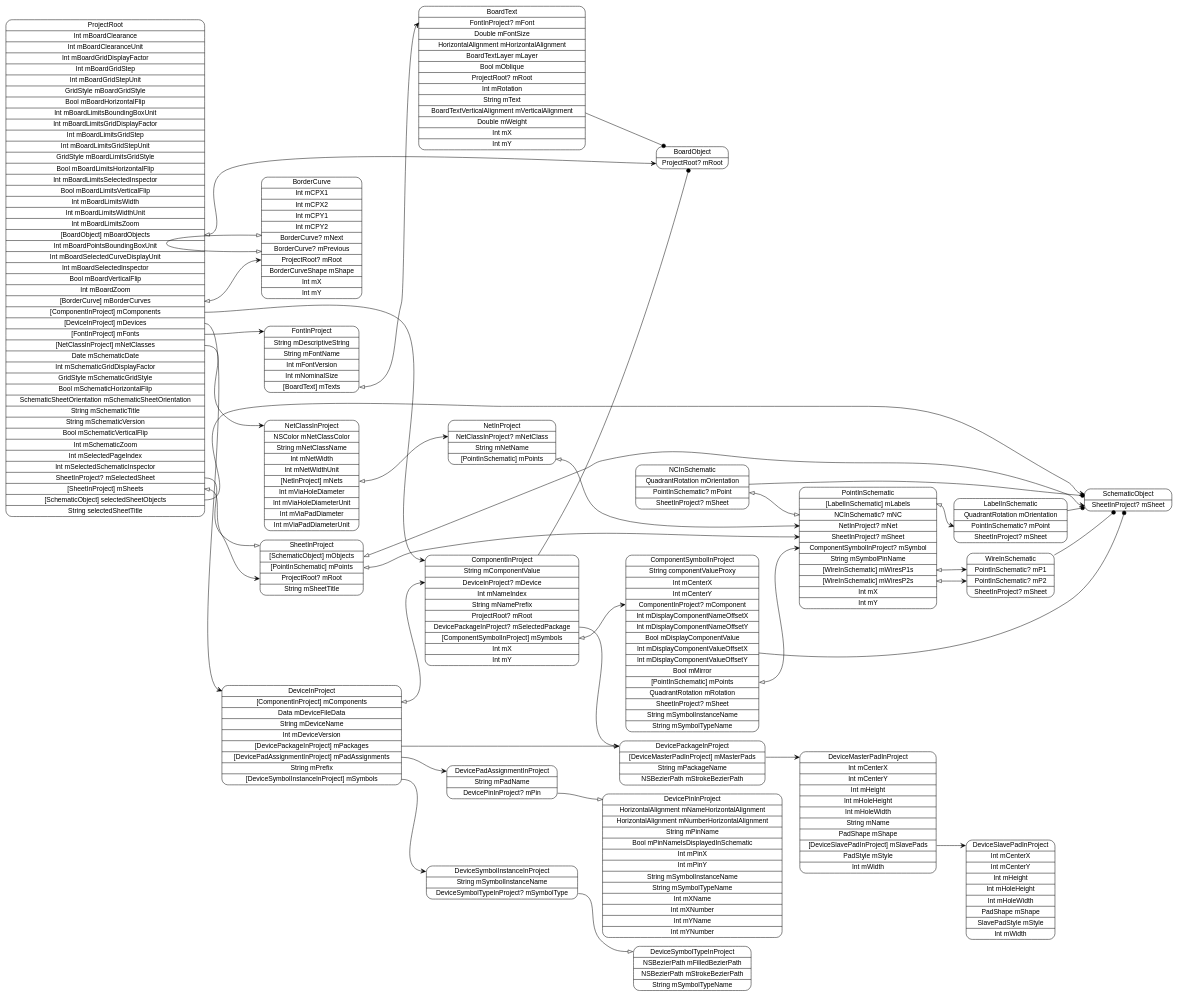
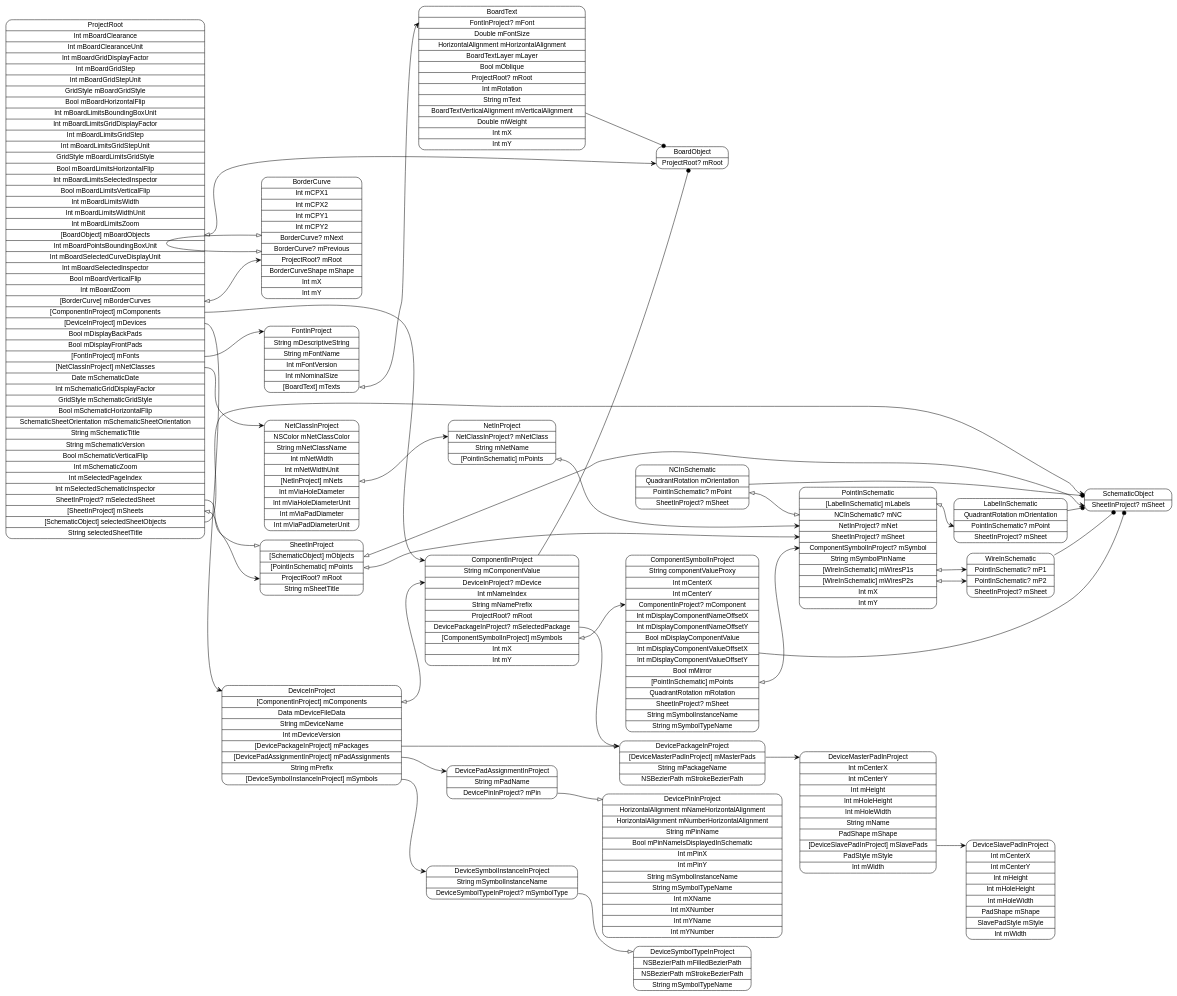
The diagram in models/ProjectRoot.dot (pierremolinaro/ElCanari-dev), drawn with Graphviz before and after one commit. The commit also changed 46 other files, not shown here.

```diff
--- a/models/ProjectRoot.dot
+++ b/models/ProjectRoot.dot
@@ -1,63 +1,63 @@
 digraph G {
   rankdir=LR ;
   node [shape=record fontname=helvetica style=rounded] ;
-  ProjectRoot[label="<ProjectRoot>ProjectRoot|Int mBoardClearance|Int mBoardClearanceUnit|Int mBoardGridDisplayFactor|Int mBoardGridStep|Int mBoardGridStepUnit|GridStyle mBoardGridStyle|Bool mBoardHorizontalFlip|Int mBoardLimitsBoundingBoxUnit|Int mBoardLimitsGridDisplayFactor|Int mBoardLimitsGridStep|Int mBoardLimitsGridStepUnit|GridStyle mBoardLimitsGridStyle|Bool mBoardLimitsHorizontalFlip|Int mBoardLimitsSelectedInspector|Bool mBoardLimitsVerticalFlip|Int mBoardLimitsWidth|Int mBoardLimitsWidthUnit|Int mBoardLimitsZoom|<mBoardObjects>[BoardObject] mBoardObjects|Int mBoardPointsBoundingBoxUnit|Int mBoardSelectedCurveDisplayUnit|Int mBoardSelectedInspector|Bool mBoardVerticalFlip|Int mBoardZoom|<mBorderCurves>[BorderCurve] mBorderCurves|<mComponents>[ComponentInProject] mComponents|<mDevices>[DeviceInProject] mDevices|<mFonts>[FontInProject] mFonts|<mNetClasses>[NetClassInProject] mNetClasses|Date mSchematicDate|Int mSchematicGridDisplayFactor|GridStyle mSchematicGridStyle|Bool mSchematicHorizontalFlip|SchematicSheetOrientation mSchematicSheetOrientation|String mSchematicTitle|String mSchematicVersion|Bool mSchematicVerticalFlip|Int mSchematicZoom|Int mSelectedPageIndex|Int mSelectedSchematicInspector|<mSelectedSheet>SheetInProject? mSelectedSheet|<mSheets>[SheetInProject] mSheets|<selectedSheetObjects>[SchematicObject] selectedSheetObjects|String selectedSheetTitle"] ;
+  ProjectRoot[label="<ProjectRoot>ProjectRoot|Int mBoardClearance|Int mBoardClearanceUnit|Int mBoardGridDisplayFactor|Int mBoardGridStep|Int mBoardGridStepUnit|GridStyle mBoardGridStyle|Bool mBoardHorizontalFlip|Int mBoardLimitsBoundingBoxUnit|Int mBoardLimitsGridDisplayFactor|Int mBoardLimitsGridStep|Int mBoardLimitsGridStepUnit|GridStyle mBoardLimitsGridStyle|Bool mBoardLimitsHorizontalFlip|Int mBoardLimitsSelectedInspector|Bool mBoardLimitsVerticalFlip|Int mBoardLimitsWidth|Int mBoardLimitsWidthUnit|Int mBoardLimitsZoom|<mBoardObjects>[BoardObject] mBoardObjects|Int mBoardPointsBoundingBoxUnit|Int mBoardSelectedCurveDisplayUnit|Int mBoardSelectedInspector|Bool mBoardVerticalFlip|Int mBoardZoom|<mBorderCurves>[BorderCurve] mBorderCurves|<mComponents>[ComponentInProject] mComponents|<mDevices>[DeviceInProject] mDevices|Bool mDisplayBackPads|Bool mDisplayFrontPads|<mFonts>[FontInProject] mFonts|<mNetClasses>[NetClassInProject] mNetClasses|Date mSchematicDate|Int mSchematicGridDisplayFactor|GridStyle mSchematicGridStyle|Bool mSchematicHorizontalFlip|SchematicSheetOrientation mSchematicSheetOrientation|String mSchematicTitle|String mSchematicVersion|Bool mSchematicVerticalFlip|Int mSchematicZoom|Int mSelectedPageIndex|Int mSelectedSchematicInspector|<mSelectedSheet>SheetInProject? mSelectedSheet|<mSheets>[SheetInProject] mSheets|<selectedSheetObjects>[SchematicObject] selectedSheetObjects|String selectedSheetTitle"] ;
   SchematicObject[label="<SchematicObject>SchematicObject|<mSheet>SheetInProject? mSheet"] ;
   SheetInProject[label="<SheetInProject>SheetInProject|<mObjects>[SchematicObject] mObjects|<mPoints>[PointInSchematic] mPoints|<mRoot>ProjectRoot? mRoot|String mSheetTitle"] ;
   PointInSchematic[label="<PointInSchematic>PointInSchematic|<mLabels>[LabelInSchematic] mLabels|<mNC>NCInSchematic? mNC|<mNet>NetInProject? mNet|<mSheet>SheetInProject? mSheet|<mSymbol>ComponentSymbolInProject? mSymbol|String mSymbolPinName|<mWiresP1s>[WireInSchematic] mWiresP1s|<mWiresP2s>[WireInSchematic] mWiresP2s|Int mX|Int mY"] ;
   WireInSchematic[label="<WireInSchematic>WireInSchematic|<mP1>PointInSchematic? mP1|<mP2>PointInSchematic? mP2|<mSheet>SheetInProject? mSheet"] ;
   NCInSchematic[label="<NCInSchematic>NCInSchematic|QuadrantRotation mOrientation|<mPoint>PointInSchematic? mPoint|<mSheet>SheetInProject? mSheet"] ;
   LabelInSchematic[label="<LabelInSchematic>LabelInSchematic|QuadrantRotation mOrientation|<mPoint>PointInSchematic? mPoint|<mSheet>SheetInProject? mSheet"] ;
   NetClassInProject[label="<NetClassInProject>NetClassInProject|NSColor mNetClassColor|String mNetClassName|Int mNetWidth|Int mNetWidthUnit|<mNets>[NetInProject] mNets|Int mViaHoleDiameter|Int mViaHoleDiameterUnit|Int mViaPadDiameter|Int mViaPadDiameterUnit"] ;
   NetInProject[label="<NetInProject>NetInProject|<mNetClass>NetClassInProject? mNetClass|String mNetName|<mPoints>[PointInSchematic] mPoints"] ;
   FontInProject[label="<FontInProject>FontInProject|String mDescriptiveString|String mFontName|Int mFontVersion|Int mNominalSize|<mTexts>[BoardText] mTexts"] ;
   BoardText[label="<BoardText>BoardText|<mFont>FontInProject? mFont|Double mFontSize|HorizontalAlignment mHorizontalAlignment|BoardTextLayer mLayer|Bool mOblique|<mRoot>ProjectRoot? mRoot|Int mRotation|String mText|BoardTextVerticalAlignment mVerticalAlignment|Double mWeight|Int mX|Int mY"] ;
   DeviceInProject[label="<DeviceInProject>DeviceInProject|<mComponents>[ComponentInProject] mComponents|Data mDeviceFileData|String mDeviceName|Int mDeviceVersion|<mPackages>[DevicePackageInProject] mPackages|<mPadAssignments>[DevicePadAssignmentInProject] mPadAssignments|String mPrefix|<mSymbols>[DeviceSymbolInstanceInProject] mSymbols"] ;
   DeviceSymbolInstanceInProject[label="<DeviceSymbolInstanceInProject>DeviceSymbolInstanceInProject|String mSymbolInstanceName|<mSymbolType>DeviceSymbolTypeInProject? mSymbolType"] ;
   DeviceSymbolTypeInProject[label="<DeviceSymbolTypeInProject>DeviceSymbolTypeInProject|NSBezierPath mFilledBezierPath|NSBezierPath mStrokeBezierPath|String mSymbolTypeName"] ;
   DevicePadAssignmentInProject[label="<DevicePadAssignmentInProject>DevicePadAssignmentInProject|String mPadName|<mPin>DevicePinInProject? mPin"] ;
   DevicePinInProject[label="<DevicePinInProject>DevicePinInProject|HorizontalAlignment mNameHorizontalAlignment|HorizontalAlignment mNumberHorizontalAlignment|String mPinName|Bool mPinNameIsDisplayedInSchematic|Int mPinX|Int mPinY|String mSymbolInstanceName|String mSymbolTypeName|Int mXName|Int mXNumber|Int mYName|Int mYNumber"] ;
   DevicePackageInProject[label="<DevicePackageInProject>DevicePackageInProject|<mMasterPads>[DeviceMasterPadInProject] mMasterPads|String mPackageName|NSBezierPath mStrokeBezierPath"] ;
   DeviceMasterPadInProject[label="<DeviceMasterPadInProject>DeviceMasterPadInProject|Int mCenterX|Int mCenterY|Int mHeight|Int mHoleHeight|Int mHoleWidth|String mName|PadShape mShape|<mSlavePads>[DeviceSlavePadInProject] mSlavePads|PadStyle mStyle|Int mWidth"] ;
   DeviceSlavePadInProject[label="<DeviceSlavePadInProject>DeviceSlavePadInProject|Int mCenterX|Int mCenterY|Int mHeight|Int mHoleHeight|Int mHoleWidth|PadShape mShape|SlavePadStyle mStyle|Int mWidth"] ;
   ComponentInProject[label="<ComponentInProject>ComponentInProject|String mComponentValue|<mDevice>DeviceInProject? mDevice|Int mNameIndex|String mNamePrefix|<mRoot>ProjectRoot? mRoot|<mSelectedPackage>DevicePackageInProject? mSelectedPackage|<mSymbols>[ComponentSymbolInProject] mSymbols|Int mX|Int mY"] ;
   ComponentSymbolInProject[label="<ComponentSymbolInProject>ComponentSymbolInProject|String componentValueProxy|Int mCenterX|Int mCenterY|<mComponent>ComponentInProject? mComponent|Int mDisplayComponentNameOffsetX|Int mDisplayComponentNameOffsetY|Bool mDisplayComponentValue|Int mDisplayComponentValueOffsetX|Int mDisplayComponentValueOffsetY|Bool mMirror|<mPoints>[PointInSchematic] mPoints|QuadrantRotation mRotation|<mSheet>SheetInProject? mSheet|String mSymbolInstanceName|String mSymbolTypeName"] ;
   BorderCurve[label="<BorderCurve>BorderCurve|Int mCPX1|Int mCPX2|Int mCPY1|Int mCPY2|<mNext>BorderCurve? mNext|<mPrevious>BorderCurve? mPrevious|<mRoot>ProjectRoot? mRoot|BorderCurveShape mShape|Int mX|Int mY"] ;
   BoardObject[label="<BoardObject>BoardObject|<mRoot>ProjectRoot? mRoot"] ;
   ProjectRoot:mBoardObjects -> BoardObject:mRoot [dir=both arrowtail=onormal arrowhead=vee] ;
   ProjectRoot:mBorderCurves -> BorderCurve:mRoot [dir=both arrowtail=onormal arrowhead=vee] ;
   ProjectRoot:mComponents -> ComponentInProject:ComponentInProject [dir=both arrowtail=none arrowhead=vee] ;
   ProjectRoot:mDevices -> DeviceInProject:DeviceInProject [dir=both arrowtail=none arrowhead=vee] ;
   ProjectRoot:mFonts -> FontInProject:FontInProject [dir=both arrowtail=none arrowhead=vee] ;
   ProjectRoot:mNetClasses -> NetClassInProject:NetClassInProject [dir=both arrowtail=none arrowhead=vee] ;
   ProjectRoot:mSelectedSheet -> SheetInProject:SheetInProject [dir=both arrowtail=none arrowhead=onormal] ;
   ProjectRoot:mSheets -> SheetInProject:mRoot [dir=both arrowtail=onormal arrowhead=vee] ;
   ProjectRoot:selectedSheetObjects -> SchematicObject:SchematicObject [dir=both arrowtail=none arrowhead=vee] ;
   SheetInProject:mObjects -> SchematicObject:mSheet [dir=both arrowtail=onormal arrowhead=vee] ;
   SheetInProject:mPoints -> PointInSchematic:mSheet [dir=both arrowtail=onormal arrowhead=vee] ;
   PointInSchematic:mLabels -> LabelInSchematic:mPoint [dir=both arrowtail=onormal arrowhead=vee] ;
   PointInSchematic:mWiresP1s -> WireInSchematic:mP1 [dir=both arrowtail=onormal arrowhead=vee] ;
   PointInSchematic:mWiresP2s -> WireInSchematic:mP2 [dir=both arrowtail=onormal arrowhead=vee] ;
   WireInSchematic -> SchematicObject [arrowhead=dot] ;
   NCInSchematic -> SchematicObject [arrowhead=dot] ;
   NCInSchematic:mPoint -> PointInSchematic:mNC [dir=both arrowtail=onormal arrowhead=onormal] ;
   LabelInSchematic -> SchematicObject [arrowhead=dot] ;
   NetClassInProject:mNets -> NetInProject:mNetClass [dir=both arrowtail=onormal arrowhead=vee] ;
   NetInProject:mPoints -> PointInSchematic:mNet [dir=both arrowtail=onormal arrowhead=vee] ;
   FontInProject:mTexts -> BoardText:mFont [dir=both arrowtail=onormal arrowhead=vee] ;
   BoardText -> BoardObject [arrowhead=dot] ;
   DeviceInProject:mComponents -> ComponentInProject:mDevice [dir=both arrowtail=onormal arrowhead=vee] ;
   DeviceInProject:mPackages -> DevicePackageInProject:DevicePackageInProject [dir=both arrowtail=none arrowhead=vee] ;
   DeviceInProject:mPadAssignments -> DevicePadAssignmentInProject:DevicePadAssignmentInProject [dir=both arrowtail=none arrowhead=vee] ;
   DeviceInProject:mSymbols -> DeviceSymbolInstanceInProject:DeviceSymbolInstanceInProject [dir=both arrowtail=none arrowhead=vee] ;
   DeviceSymbolInstanceInProject:mSymbolType -> DeviceSymbolTypeInProject:DeviceSymbolTypeInProject [dir=both arrowtail=none arrowhead=onormal] ;
   DevicePadAssignmentInProject:mPin -> DevicePinInProject:DevicePinInProject [dir=both arrowtail=none arrowhead=onormal] ;
   DevicePackageInProject:mMasterPads -> DeviceMasterPadInProject:DeviceMasterPadInProject [dir=both arrowtail=none arrowhead=vee] ;
   DeviceMasterPadInProject:mSlavePads -> DeviceSlavePadInProject:DeviceSlavePadInProject [dir=both arrowtail=none arrowhead=vee] ;
   ComponentInProject -> BoardObject [arrowhead=dot] ;
   ComponentInProject:mSelectedPackage -> DevicePackageInProject:DevicePackageInProject [dir=both arrowtail=none arrowhead=onormal] ;
   ComponentInProject:mSymbols -> ComponentSymbolInProject:mComponent [dir=both arrowtail=onormal arrowhead=vee] ;
   ComponentSymbolInProject -> SchematicObject [arrowhead=dot] ;
   ComponentSymbolInProject:mPoints -> PointInSchematic:mSymbol [dir=both arrowtail=onormal arrowhead=vee] ;
   BorderCurve:mPrevious -> BorderCurve:mNext [dir=both arrowtail=onormal arrowhead=onormal] ;
 }
```
